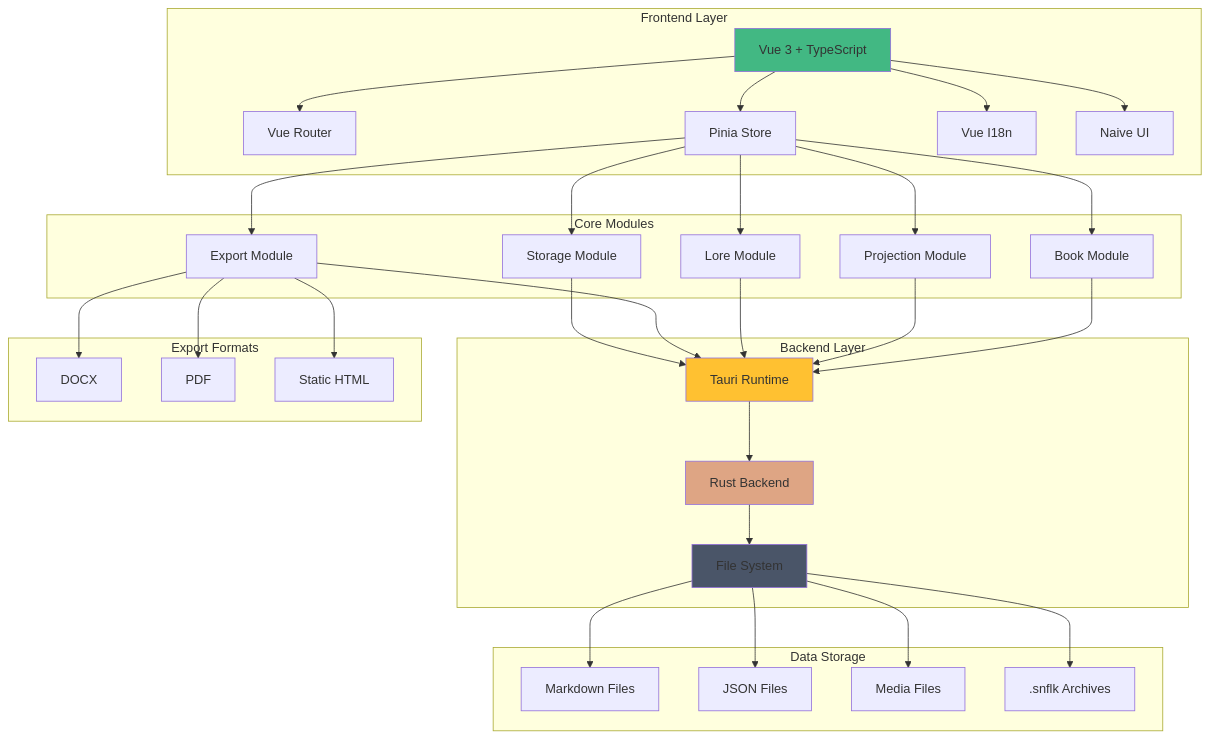
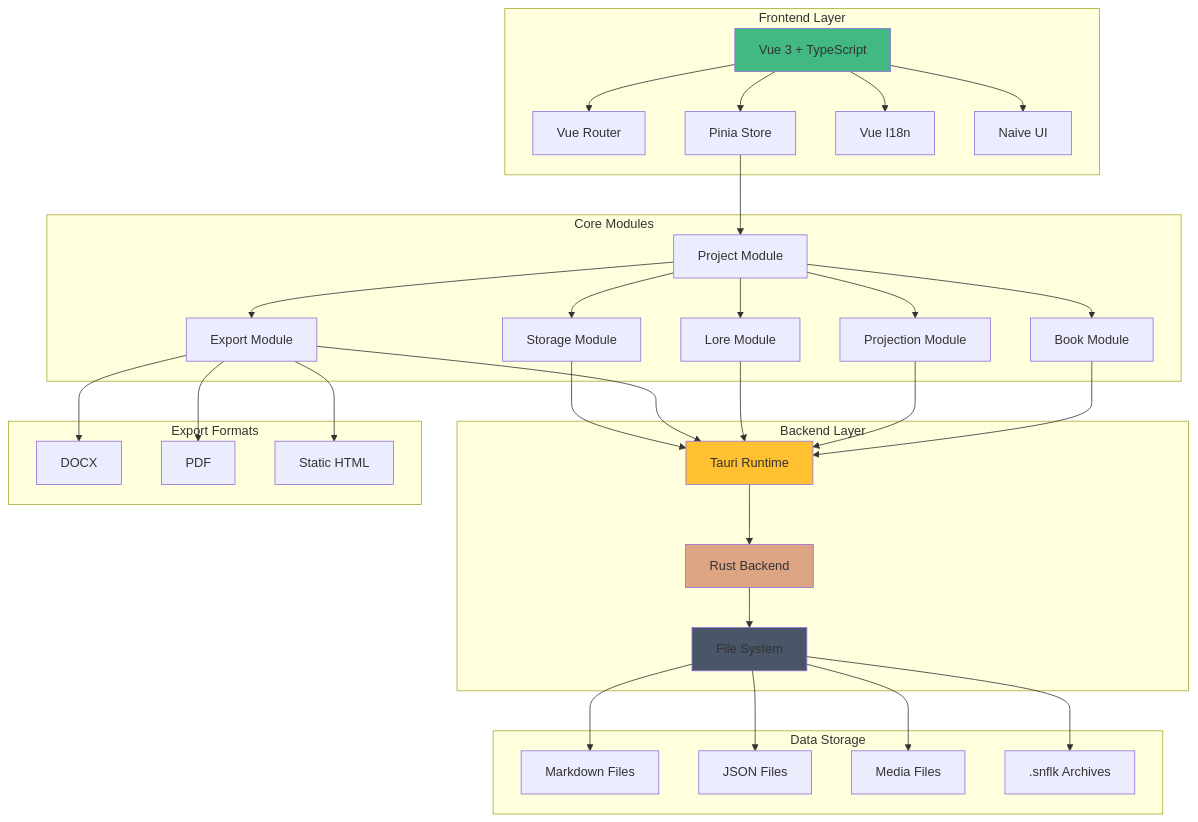
Before and after one commit to ikloster03/snowflake-desktop: the diagram in docs/architecture.md, drawn with Mermaid. The commit also changed other lines of this file and 3 other files, not shown here.

Commit message:
docs: update project documentation with Project Module integration and architecture changes

````diff
--- a/docs/architecture.md
+++ b/docs/architecture.md
@@ -5,66 +5,68 @@
 ```mermaid
 graph TB
   subgraph "Frontend Layer"
     UI[Vue 3 + TypeScript]
     Router[Vue Router]
     State[Pinia Store]
     I18n[Vue I18n]
     UI_Kit[Naive UI]
   end
   subgraph "Core Modules"
+    Project[Project Module]
     Book[Book Module]
     Projection[Projection Module]
     Lore[Lore Module]
     Export[Export Module]
     Storage[Storage Module]
   end
   subgraph "Backend Layer"
     Tauri[Tauri Runtime]
     Rust[Rust Backend]
     FileSystem[File System]
   end
   subgraph "Data Storage"
     MD[Markdown Files]
     JSON[JSON Files]
     Media[Media Files]
     SNFLK[.snflk Archives]
   end
   subgraph "Export Formats"
     DOCX[DOCX]
     PDF[PDF]
     HTML[Static HTML]
   end
   %% Frontend connections
     UI --> Router
     UI --> State
     UI --> I18n
     UI --> UI_Kit
   %% Module connections
-    State --> Book
-    State --> Projection
-    State --> Lore
-    State --> Export
-    State --> Storage
+    State --> Project
+    Project --> Book
+    Project --> Projection
+    Project --> Lore
+    Project --> Export
+    Project --> Storage
   %% Backend connections
     Book --> Tauri
     Projection --> Tauri
     Lore --> Tauri
     Export --> Tauri
     Storage --> Tauri
     Tauri --> Rust
     Rust --> FileSystem
   %% Storage connections
     FileSystem --> MD
     FileSystem --> JSON
     FileSystem --> Media
     FileSystem --> SNFLK
   %% Export connections
     Export --> DOCX
     Export --> PDF
     Export --> HTML
 
 style UI fill:#42b883
 style Tauri fill:#ffc131
 style Rust fill:#dea584
 style FileSystem fill:#4a5568
 ```
````
